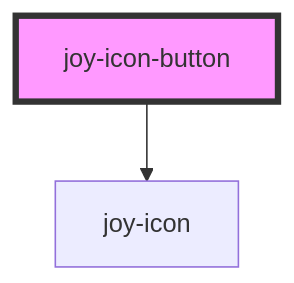
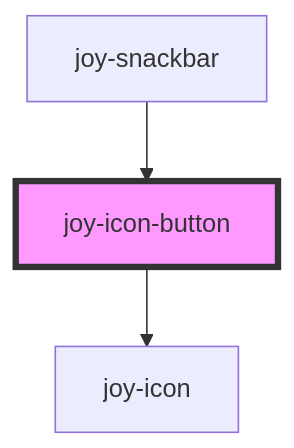
The diagram in core/src/components/icon-button/readme.md (Maltcommunity/joy), drawn with Mermaid before and after one commit. The commit also changed other lines of this file and 8 other files, not shown here.

````diff
--- a/core/src/components/icon-button/readme.md
+++ b/core/src/components/icon-button/readme.md
@@ -50,5 +54,6 @@
 ```mermaid
 graph TD;
   joy-icon-button --> joy-icon
+  joy-snackbar --> joy-icon-button
   style joy-icon-button fill:#f9f,stroke:#333,stroke-width:4px
 ```
````
